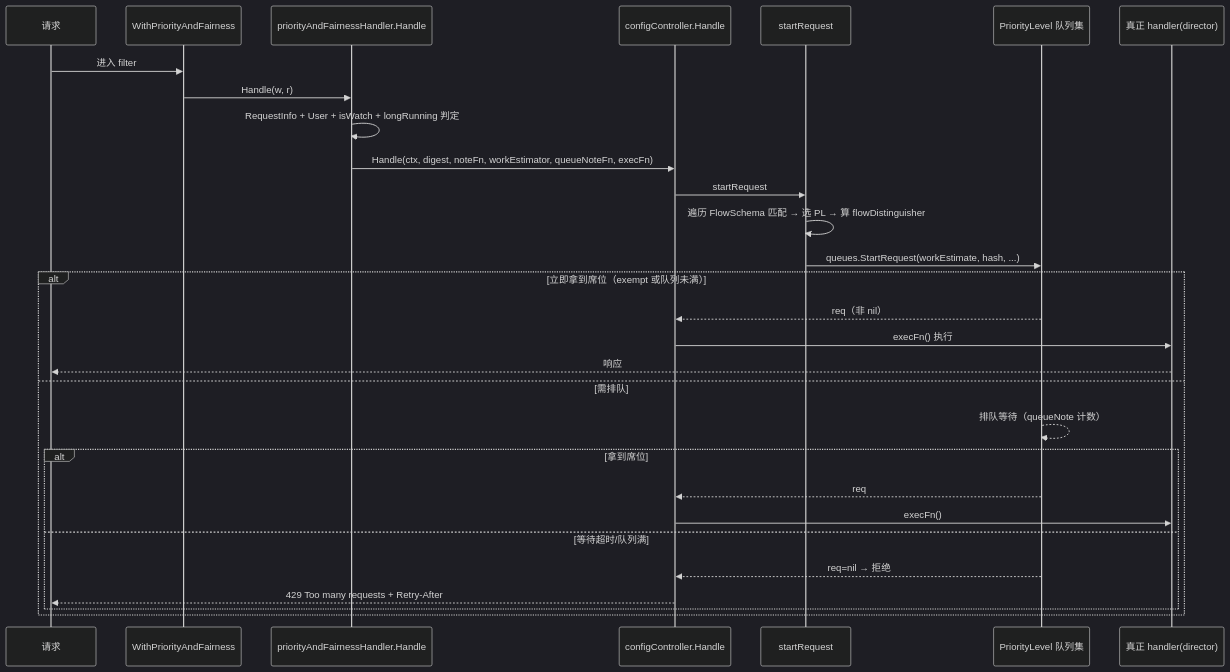
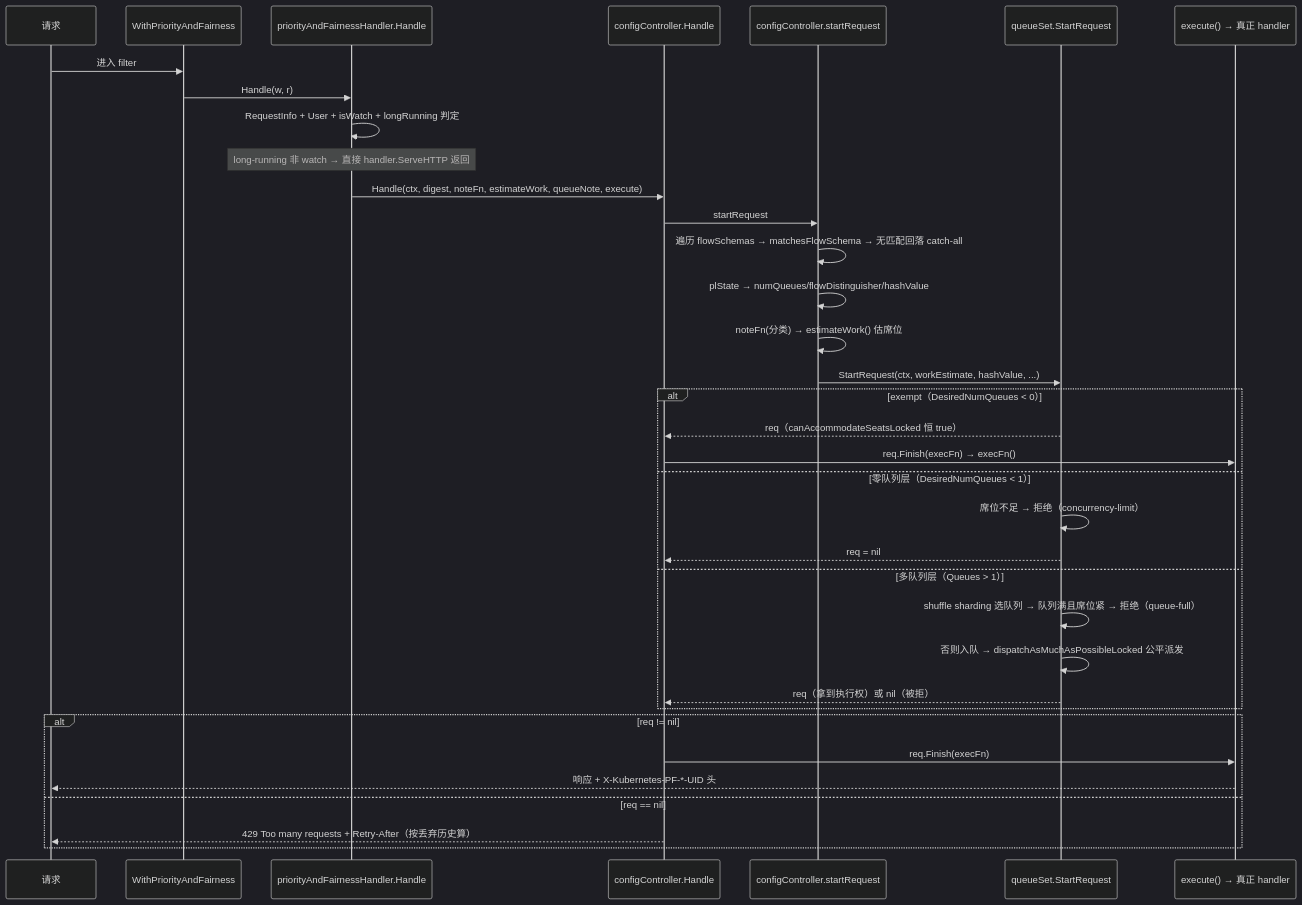
One commit to adrian9778/kubernetes changed the diagram in docs/topics/优先级与公平性流控.md. Above: the diagram before and after it, drawn with Mermaid (dark theme). The commit also changed other lines of this file, not shown here.

````diff
--- a/docs/topics/优先级与公平性流控.md
+++ b/docs/topics/优先级与公平性流控.md
@@ -53,32 +56,38 @@
 ```mermaid
 sequenceDiagram
     participant REQ as 请求
     participant FILT as WithPriorityAndFairness
     participant H as priorityAndFairnessHandler.Handle
     participant CTL as configController.Handle
-    participant SR as startRequest
-    participant QS as PriorityLevel 队列集
-    participant HANDLER as 真正 handler(director)
+    participant SR as configController.startRequest
+    participant QS as queueSet.StartRequest
+    participant HANDLER as execute() → 真正 handler
 
     REQ->>FILT: 进入 filter
     FILT->>H: Handle(w, r)
     H->>H: RequestInfo + User + isWatch + longRunning 判定
-    H->>CTL: Handle(ctx, digest, noteFn, workEstimator, queueNoteFn, execFn)
+    Note over H: long-running 非 watch → 直接 handler.ServeHTTP 返回
+    H->>CTL: Handle(ctx, digest, noteFn, estimateWork, queueNote, execute)
     CTL->>SR: startRequest
-    SR->>SR: 遍历 FlowSchema 匹配 → 选 PL → 算 flowDistinguisher
-    SR->>QS: queues.StartRequest(workEstimate, hash, ...)
-    alt 立即拿到席位（exempt 或队列未满）
-        QS-->>CTL: req（非 nil）
-        CTL->>HANDLER: execFn() 执行
-        HANDLER-->>REQ: 响应
-    else 需排队
-        QS-->>QS: 排队等待（queueNote 计数）
-        alt 拿到席位
-            QS-->>CTL: req
-            CTL->>HANDLER: execFn()
-        else 等待超时/队列满
-            QS-->>CTL: req=nil → 拒绝
-            CTL-->>REQ: 429 Too many requests + Retry-After
-        end
+    SR->>SR: 遍历 flowSchemas → matchesFlowSchema → 无匹配回落 catch-all
+    SR->>SR: plState → numQueues/flowDistinguisher/hashValue
+    SR->>SR: noteFn(分类) → estimateWork() 估席位
+    SR->>QS: StartRequest(ctx, workEstimate, hashValue, ...)
+    alt exempt（DesiredNumQueues < 0）
+        QS-->>CTL: req（canAccommodateSeatsLocked 恒 true）
+        CTL->>HANDLER: req.Finish(execFn) → execFn()
+    else 零队列层（DesiredNumQueues < 1）
+        QS->>QS: 席位不足 → 拒绝（concurrency-limit）
+        QS-->>CTL: req = nil
+    else 多队列层（Queues > 1）
+        QS->>QS: shuffle sharding 选队列 → 队列满且席位紧 → 拒绝（queue-full）
+        QS->>QS: 否则入队 → dispatchAsMuchAsPossibleLocked 公平派发
+        QS-->>CTL: req（拿到执行权）或 nil（被拒）
+    end
+    alt req != nil
+        CTL->>HANDLER: req.Finish(execFn)
+        HANDLER-->>REQ: 响应 + X-Kubernetes-PF-*-UID 头
+    else req == nil
+        CTL-->>REQ: 429 Too many requests + Retry-After（按丢弃历史算）
     end
 ```
````
